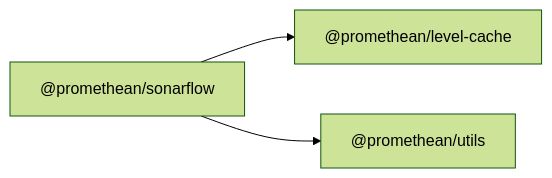
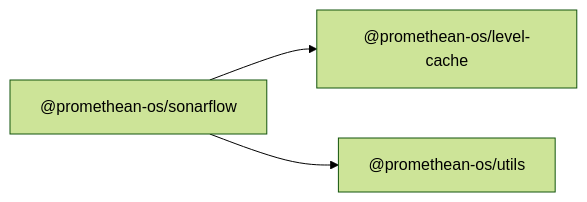
One commit to octave-commons/promethean changed the diagram in docs/packages/sonarflow/README.md. Above: the diagram before and after it, drawn with Mermaid (forest theme). The commit also changed other lines of this file and 1753 other files, not shown here.

````diff
--- a/docs/packages/sonarflow/README.md
+++ b/docs/packages/sonarflow/README.md
@@ -14,10 +14,10 @@
 ```mermaid
 graph LR
-  A["@promethean/sonarflow"]
-  D1["@promethean/level-cache"]
-  D2["@promethean/utils"]
-  A --> D1["@promethean/level-cache"]
-  A --> D2["@promethean/utils"]
-  click D1 "../level-cache/README.md" "@promethean/level-cache"
-  click D2 "../utils/README.md" "@promethean/utils"
+  A["@promethean-os/sonarflow"]
+  D1["@promethean-os/level-cache"]
+  D2["@promethean-os/utils"]
+  A --> D1["@promethean-os/level-cache"]
+  A --> D2["@promethean-os/utils"]
+  click D1 "../level-cache/README.md" "@promethean-os/level-cache"
+  click D2 "../utils/README.md" "@promethean-os/utils"
 ```
````
